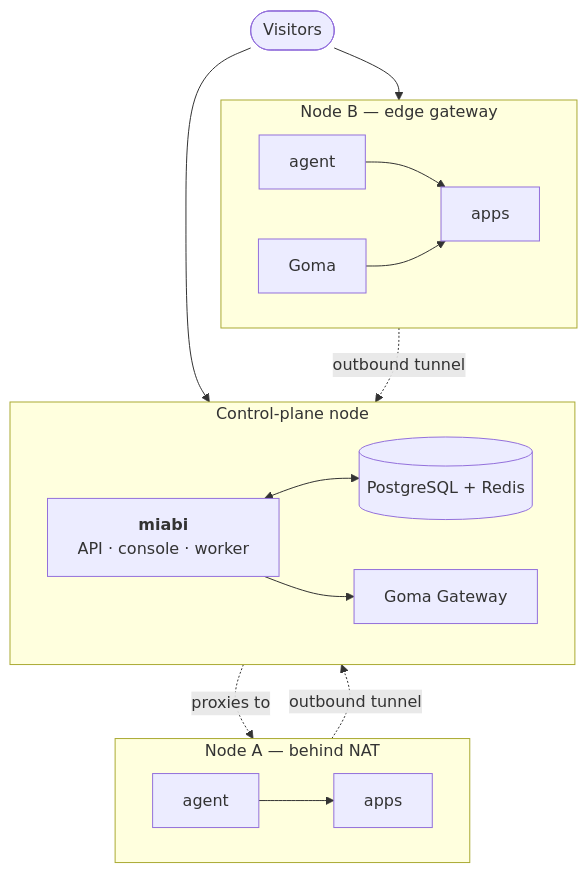
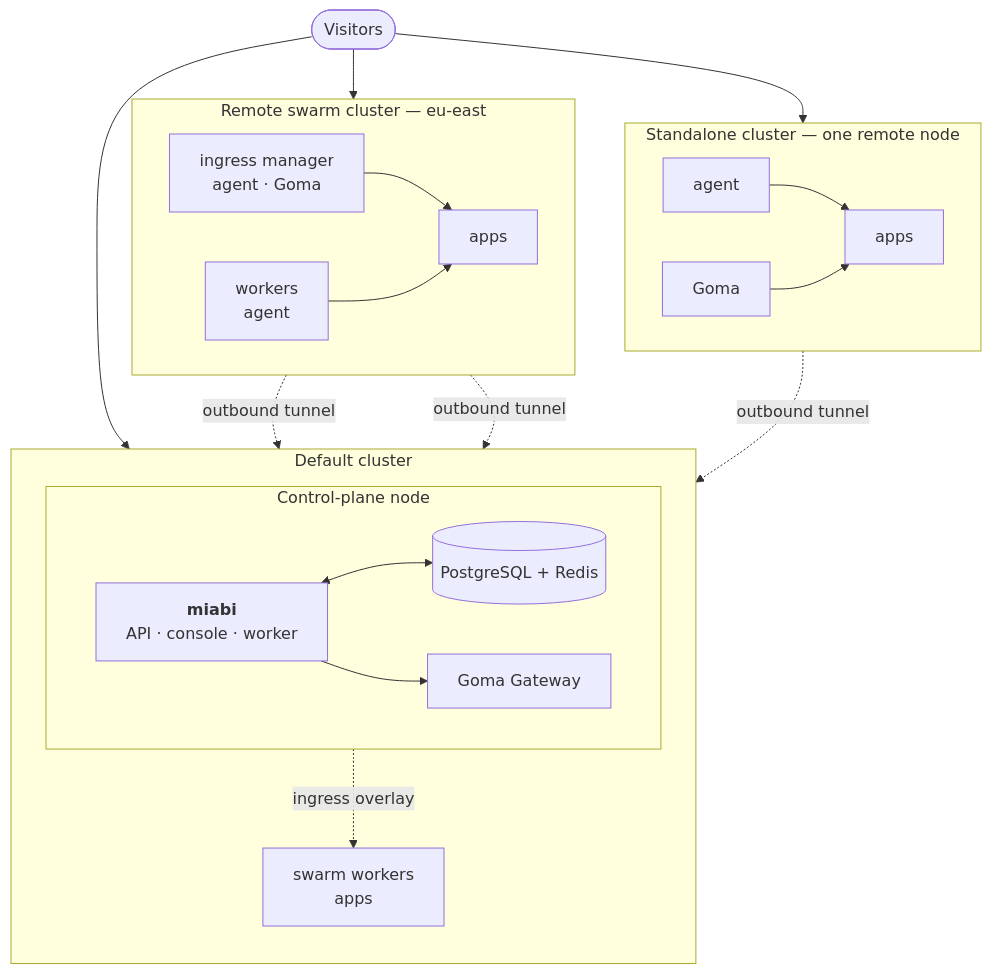
The diagram in docs/architecture/multi-node.md (miabi-io/docs), drawn with Mermaid before and after one commit. The commit also changed other lines of this file and 2 other files, not shown here.

Commit message:
docs(architecture): one control plane, many clusters

````diff
--- a/docs/architecture/multi-node.md
+++ b/docs/architecture/multi-node.md
@@ -12,30 +12,37 @@
 ```mermaid
 flowchart TB
     Visitor(["Visitors"])
 
-    subgraph cp["Control-plane node"]
-        direction LR
-        Server["<b>miabi</b><br/>API · console · worker"]
-        Goma["Goma Gateway"]
-        Store[("PostgreSQL + Redis")]
+    subgraph def["Default cluster"]
+        direction TB
+        subgraph cp["Control-plane node"]
+            direction LR
+            Server["<b>miabi</b><br/>API · console · worker"]
+            Goma["Goma Gateway"]
+            Store[("PostgreSQL + Redis")]
+        end
+        W1["swarm workers<br/>apps"]
     end
 
-    subgraph n1["Node A — behind NAT"]
+    subgraph solo["Standalone cluster — one remote node"]
         direction LR
         A1["agent"] --> App1["apps"]
+        G1["Goma"] --> App1
     end
 
-    subgraph n2["Node B — edge gateway"]
+    subgraph remote["Remote swarm cluster — eu-east"]
         direction LR
-        A2["agent"] --> App2["apps"]
-        G2["Goma"] --> App2
+        M2["ingress manager<br/>agent · Goma"] --> App2["apps"]
+        W2["workers<br/>agent"] --> App2
     end
 
     Visitor --> Goma
-    Visitor --> G2
+    Visitor --> G1
+    Visitor --> M2
     Server <--> Store
     Server --> Goma
+    Goma -. ingress overlay .-> W1
     A1 -. outbound tunnel .-> Server
-    A2 -. outbound tunnel .-> Server
-    Goma -. proxies to .-> App1
+    M2 -. outbound tunnel .-> Server
+    W2 -. outbound tunnel .-> Server
 ```
````
